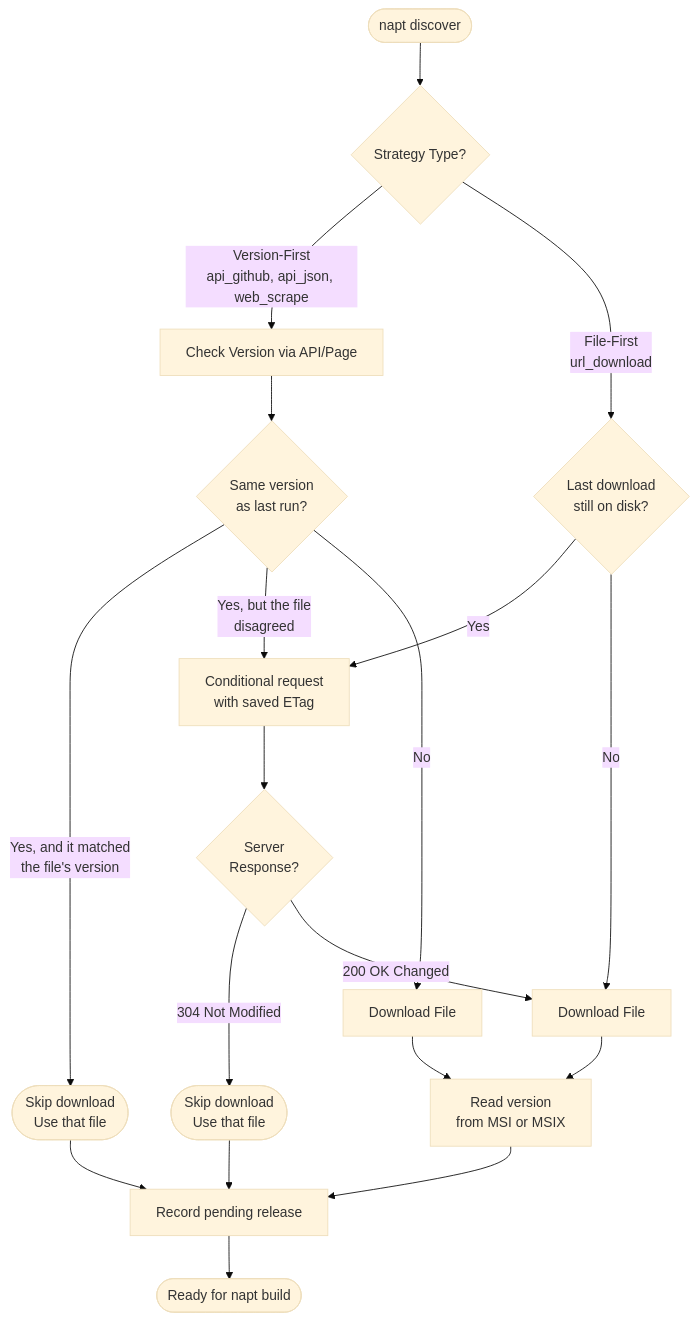
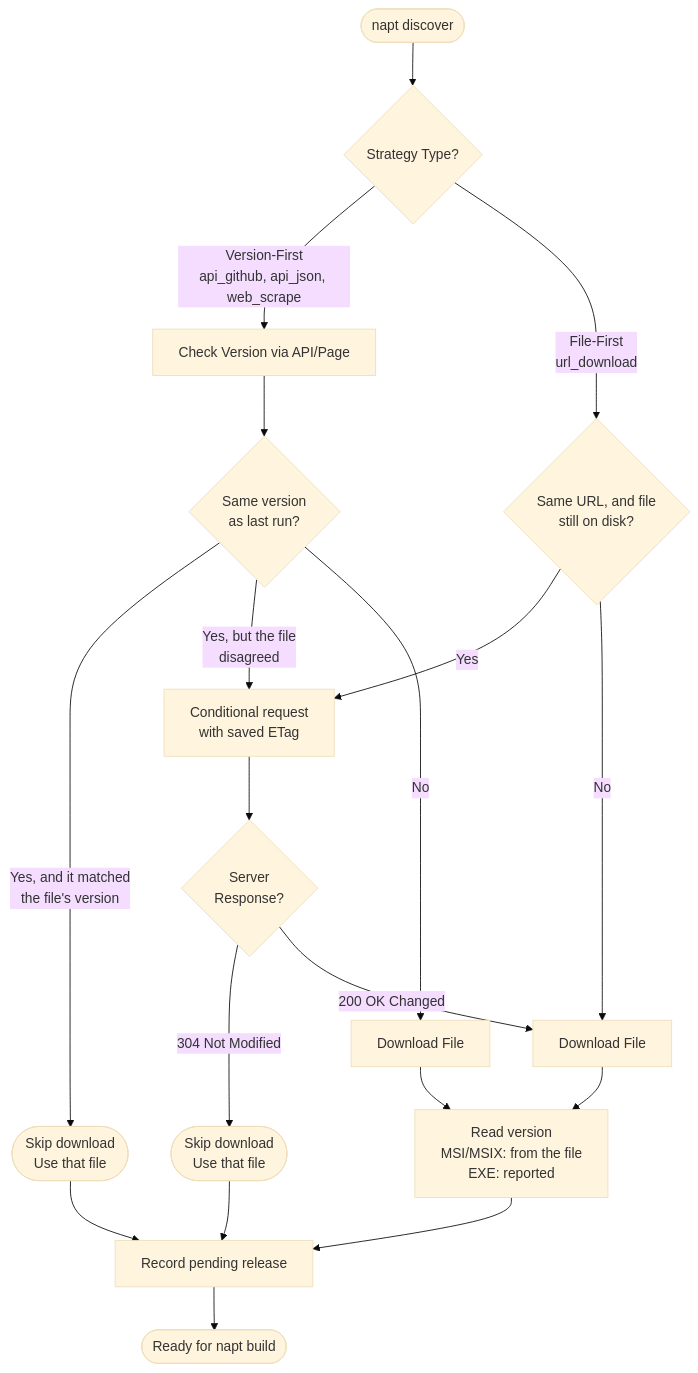
The second of 2 diagrams in docs/user-guide.md (RogerCibrian/notapkgtool), drawn with Mermaid (base theme) before and after one commit. The commit also changed other lines of this file and 41 other files, not shown here.

````diff
--- a/docs/user-guide.md
+++ b/docs/user-guide.md
@@ -796,25 +912,25 @@
 ```mermaid
 flowchart TD
     Start([napt discover]) --> Strategy{Strategy Type?}
 
     Strategy -->|Version-First<br/>api_github, api_json, web_scrape| CheckVersion[Check Version via API/Page]
-    Strategy -->|File-First<br/>url_download| HaveFile{Last download<br/>still on disk?}
+    Strategy -->|File-First<br/>url_download| HaveFile{Same URL, and file<br/>still on disk?}
 
     CheckVersion --> SameVersion{Same version<br/>as last run?}
     SameVersion -->|Yes, and it matched<br/>the file's version| Skip1([Skip download<br/>Use that file])
     SameVersion -->|Yes, but the file<br/>disagreed| CheckETag
     SameVersion -->|No| Download1[Download File]
 
     HaveFile -->|Yes| CheckETag[Conditional request<br/>with saved ETag]
     HaveFile -->|No| Download2[Download File]
     CheckETag --> ETagResponse{Server<br/>Response?}
     ETagResponse -->|304 Not Modified| Skip2([Skip download<br/>Use that file])
     ETagResponse -->|200 OK Changed| Download2
 
-    Download1 --> ReadVersion[Read version<br/>from MSI or MSIX]
+    Download1 --> ReadVersion[Read version<br/>MSI/MSIX: from the file<br/>EXE: reported]
     Download2 --> ReadVersion
     ReadVersion --> Pending[Record pending release]
     Skip1 --> Pending
     Skip2 --> Pending
     Pending --> Ready([Ready for napt build])
 ```
````
